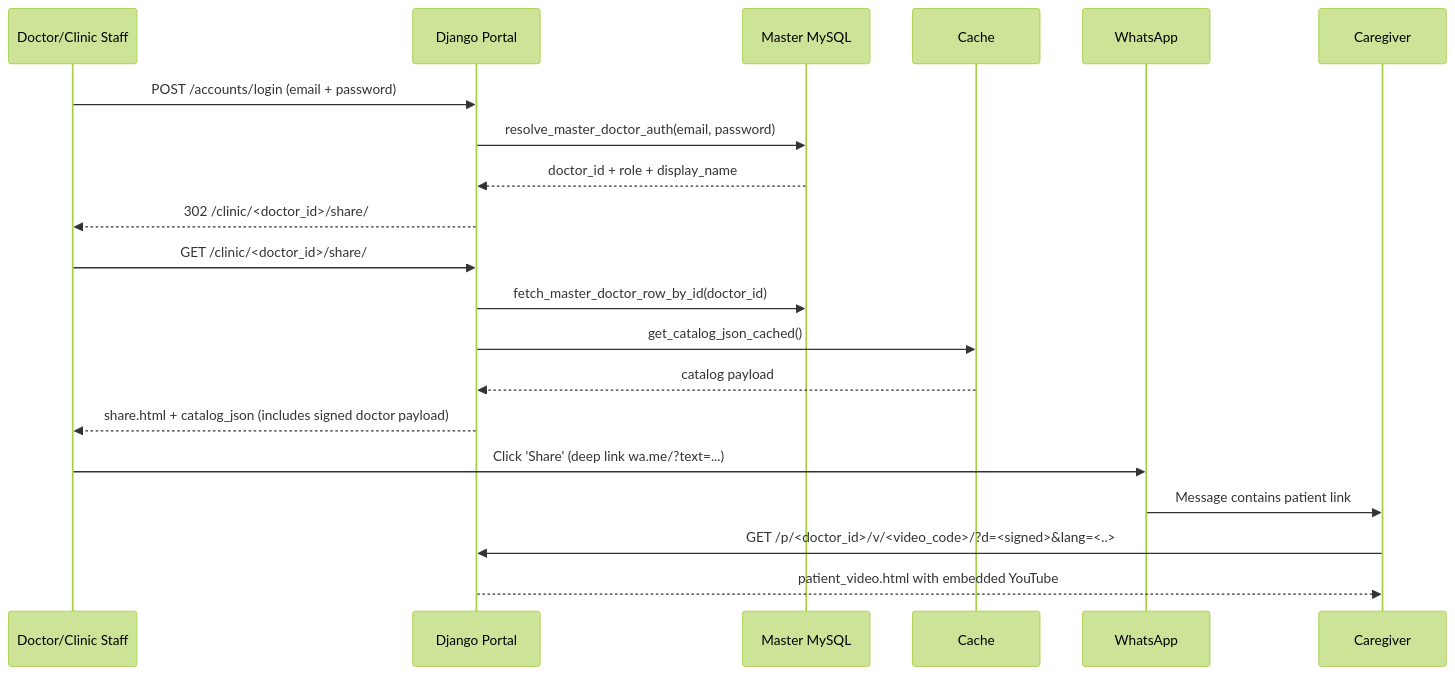
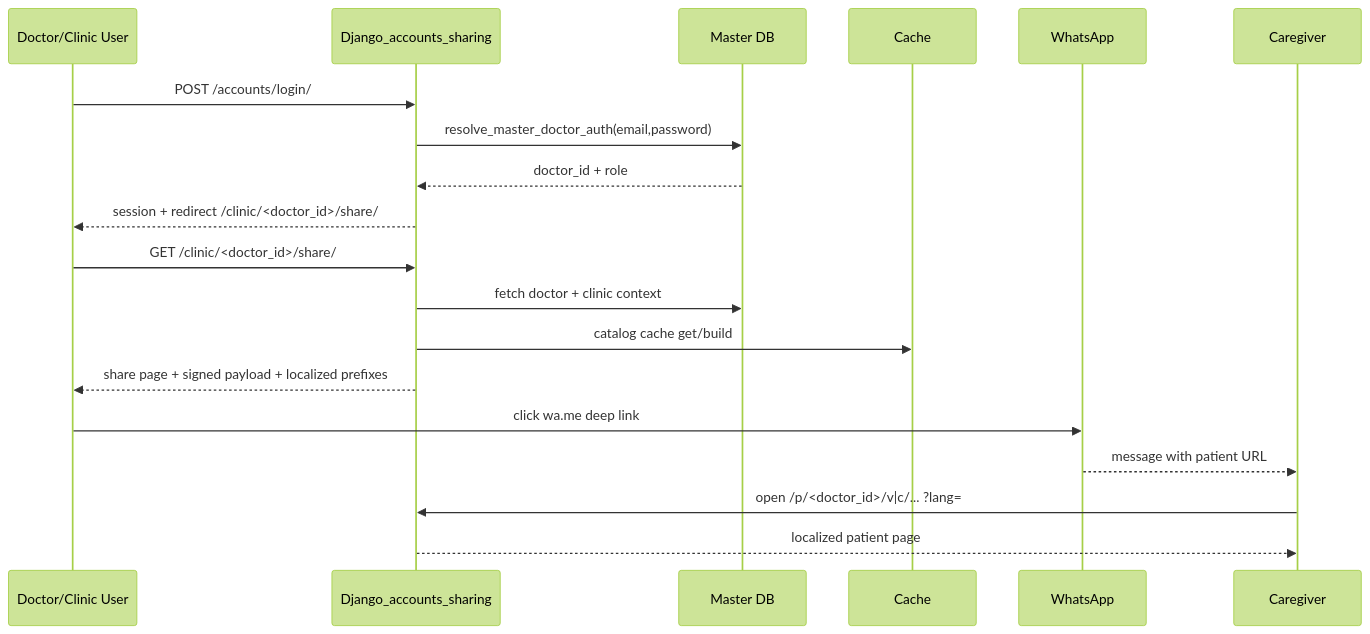
One commit to gopalakrishnanplus-creator/peds_edu_app-codex changed the second of 2 diagrams in PedsEdu_System_Documentation.md. Above: the diagram before and after it, drawn with Mermaid (forest theme). The commit also changed other lines of this file and 1 other file, not shown here.

Commit message:
Document support chat integration and fix Mermaid parsing

````diff
--- a/PedsEdu_System_Documentation.md
+++ b/PedsEdu_System_Documentation.md
@@ -208,25 +104,24 @@
 ```mermaid
 sequenceDiagram
-  participant Doc as Doctor/Clinic Staff
-  participant Portal as Django Portal
-  participant MasterDB as Master MySQL
-  participant Cache as Cache
+  participant D as Doctor/Clinic User
+  participant APP as Django_accounts_sharing
+  participant MDB as Master DB
+  participant C as Cache
   participant WA as WhatsApp
-  participant Patient as Caregiver
+  participant P as Caregiver
 
-  Doc->>Portal: POST /accounts/login (email + password)
-  Portal->>MasterDB: resolve_master_doctor_auth(email, password)
-  MasterDB-->>Portal: doctor_id + role + display_name
-  Portal-->>Doc: 302 /clinic/<doctor_id>/share/
+  D->>APP: POST /accounts/login/
+  APP->>MDB: resolve_master_doctor_auth(email,password)
+  MDB-->>APP: doctor_id + role
+  APP-->>D: session + redirect /clinic/<doctor_id>/share/
 
-  Doc->>Portal: GET /clinic/<doctor_id>/share/
-  Portal->>MasterDB: fetch_master_doctor_row_by_id(doctor_id)
-  Portal->>Cache: get_catalog_json_cached()
-  Cache-->>Portal: catalog payload
-  Portal-->>Doc: share.html + catalog_json (includes signed doctor payload)
+  D->>APP: GET /clinic/<doctor_id>/share/
+  APP->>MDB: fetch doctor + clinic context
+  APP->>C: catalog cache get/build
+  APP-->>D: share page + signed payload + localized prefixes
 
-  Doc->>WA: Click 'Share' (deep link wa.me/?text=...)
-  WA->>Patient: Message contains patient link
-  Patient->>Portal: GET /p/<doctor_id>/v/<video_code>/?d=<signed>&lang=<..>
-  Portal-->>Patient: patient_video.html with embedded YouTube
+  D->>WA: click wa.me deep link
+  WA-->>P: message with patient URL
+  P->>APP: open /p/<doctor_id>/v|c/... ?lang=
+  APP-->>P: localized patient page
 ```
````
